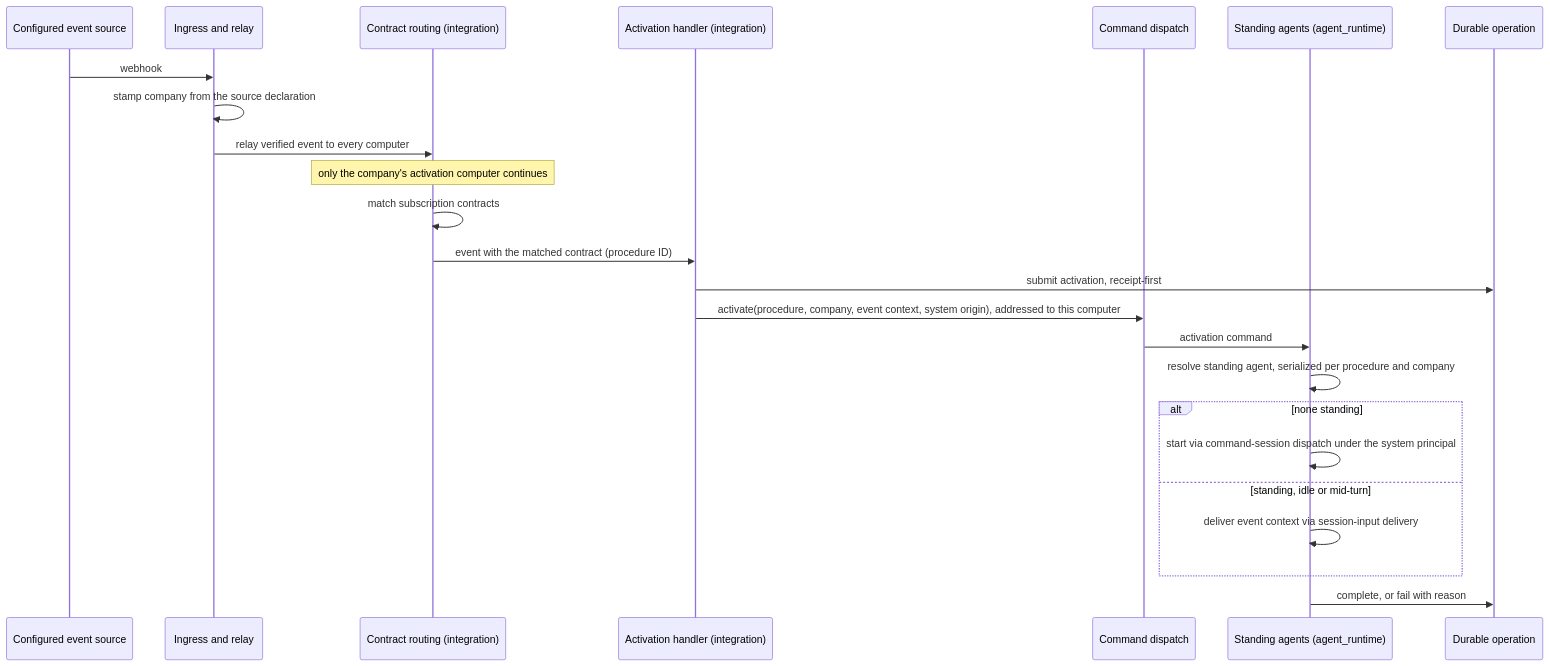
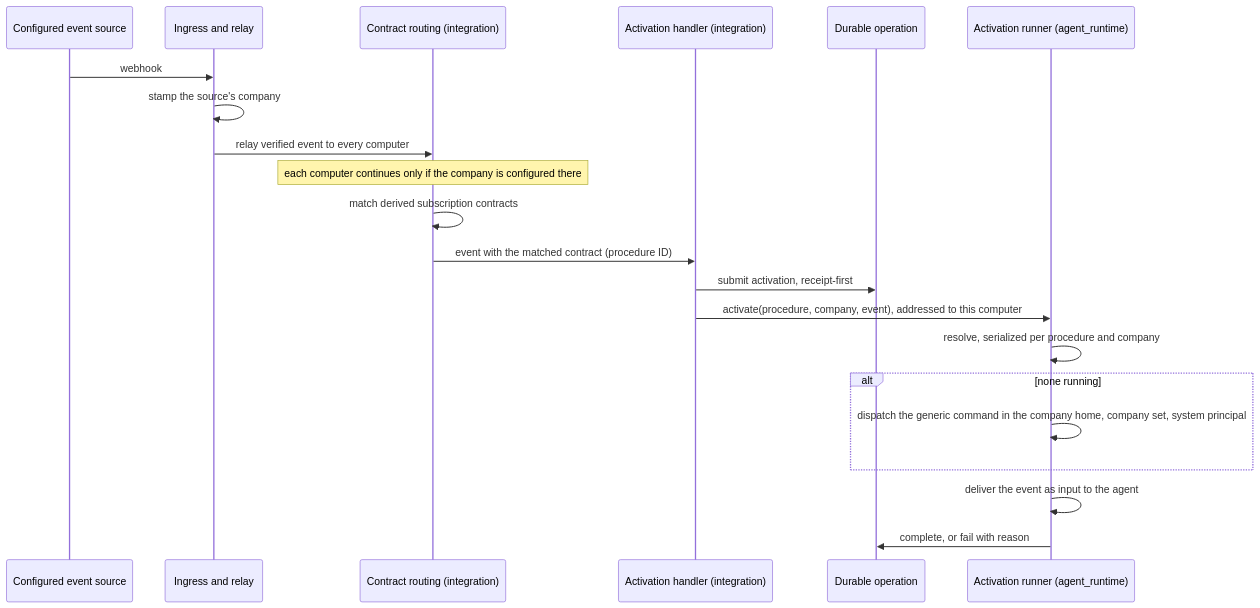
One commit to InstruktAI/TeleClaude changed the diagram in docs/project/design/architecture/procedure-activation.md. Above: the diagram before and after it, drawn with Mermaid. The commit also changed other lines of this file and 8 other files, not shown here.

First line of the commit message:
docs(procedure-event-activation): make activation per computer with a thin generic command and explicit company context

````diff
--- a/docs/project/design/architecture/procedure-activation.md
+++ b/docs/project/design/architecture/procedure-activation.md
@@ -114,27 +117,24 @@
 ```mermaid
 sequenceDiagram
     participant Src as Configured event source
     participant Ing as Ingress and relay
     participant Rt as Contract routing (integration)
     participant Act as Activation handler (integration)
-    participant Cmd as Command dispatch
-    participant AR as Standing agents (agent_runtime)
     participant Op as Durable operation
+    participant AR as Activation runner (agent_runtime)
 
     Src->>Ing: webhook
-    Ing->>Ing: stamp company from the source declaration
+    Ing->>Ing: stamp the source's company
     Ing->>Rt: relay verified event to every computer
-    Note over Rt: only the company's activation computer continues
-    Rt->>Rt: match subscription contracts
+    Note over Rt: each computer continues only if the company is configured there
+    Rt->>Rt: match derived subscription contracts
     Rt->>Act: event with the matched contract (procedure ID)
     Act->>Op: submit activation, receipt-first
-    Act->>Cmd: activate(procedure, company, event context, system origin), addressed to this computer
-    Cmd->>AR: activation command
-    AR->>AR: resolve standing agent, serialized per procedure and company
-    alt none standing
-        AR->>AR: start via command-session dispatch under the system principal
-    else standing, idle or mid-turn
-        AR->>AR: deliver event context via session-input delivery
+    Act->>AR: activate(procedure, company, event), addressed to this computer
+    AR->>AR: resolve, serialized per procedure and company
+    alt none running
+        AR->>AR: dispatch the generic command in the company home, company set, system principal
     end
+    AR->>AR: deliver the event as input to the agent
     AR->>Op: complete, or fail with reason
 ```
````
